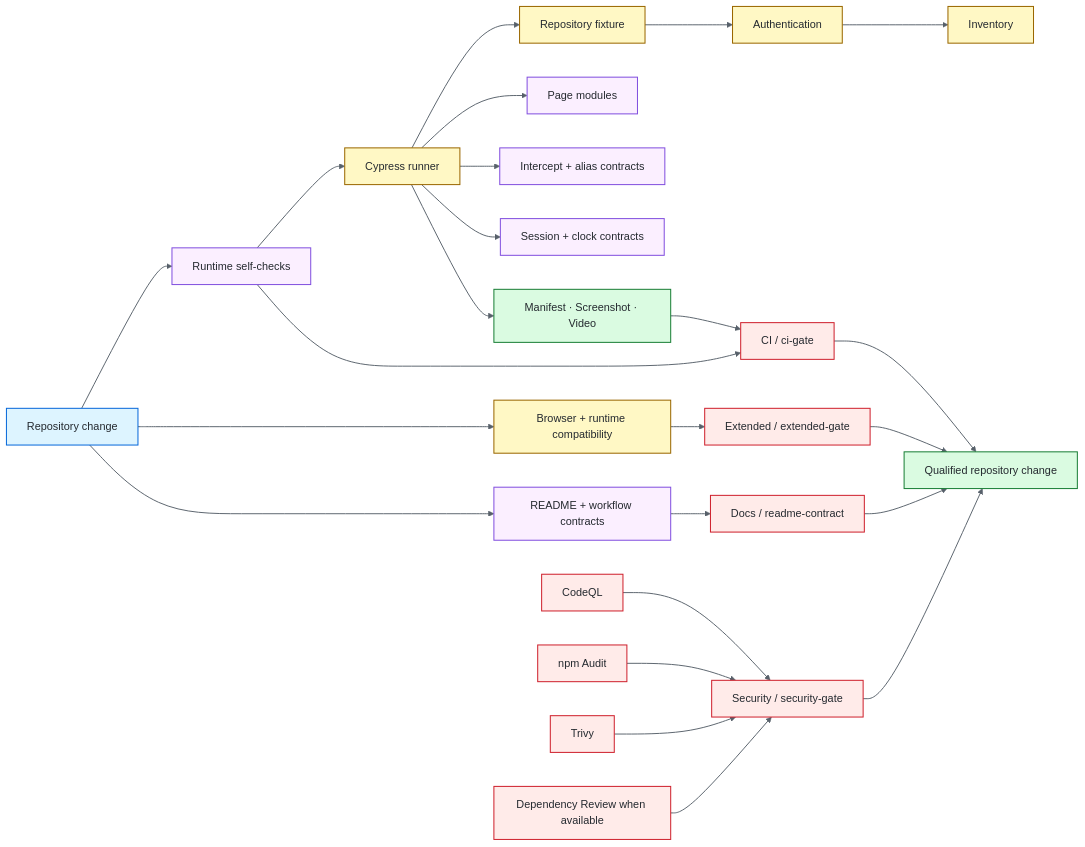
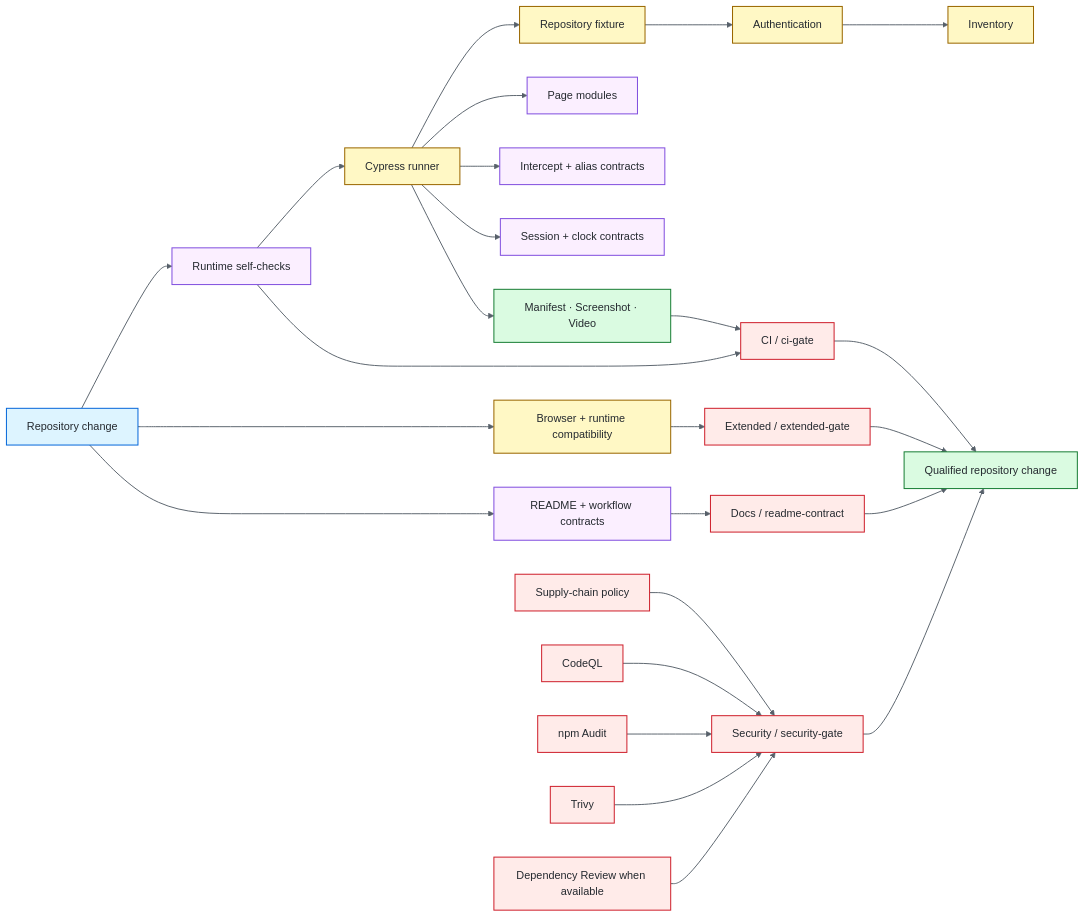
The diagram in README.md (portyu9/qa-automation-ui-cypress), drawn with Mermaid (forest theme) before and after one commit. The commit also changed other lines of this file, not shown here.

Commit message:
docs: show supply-chain policy in security architecture

````diff
--- a/README.md
+++ b/README.md
@@ -40,42 +40,43 @@
 ```mermaid
 flowchart LR
     CHANGE[Repository change] --> CFG[Runtime self-checks]
     CFG --> CYP[Cypress runner]
     CYP --> FIX[Repository fixture]
     FIX --> AUTH[Authentication]
     AUTH --> INV[Inventory]
     CYP --> PAGE[Page modules]
     CYP --> NET[Intercept + alias contracts]
     CYP --> STATE[Session + clock contracts]
     CYP --> EV[Manifest · Screenshot · Video]
     EV --> CIG[CI / ci-gate]
     CFG --> CIG
 
     CHANGE --> EXT[Browser + runtime compatibility]
     EXT --> EG[Extended / extended-gate]
 
     CHANGE --> DOCS[README + workflow contracts]
     DOCS --> DG[Docs / readme-contract]
 
-    SAST[CodeQL] --> SG[Security / security-gate]
+    SUPPLY[Supply-chain policy] --> SG[Security / security-gate]
+    SAST[CodeQL] --> SG
     AUDIT[npm Audit] --> SG
     TRIVY[Trivy] --> SG
     REVIEW[Dependency Review when available] --> SG
 
     CIG --> RESULT[Qualified repository change]
     EG --> RESULT
     DG --> RESULT
     SG --> RESULT
 
     classDef entry fill:#ddf4ff,stroke:#0969da,color:#24292f,stroke-width:1.5px;
     classDef policy fill:#fbefff,stroke:#8250df,color:#24292f,stroke-width:1.5px;
     classDef runtime fill:#fff8c5,stroke:#9a6700,color:#24292f,stroke-width:1.5px;
     classDef evidence fill:#dafbe1,stroke:#1a7f37,color:#24292f,stroke-width:1.5px;
     classDef gate fill:#ffebe9,stroke:#cf222e,color:#24292f,stroke-width:1.5px;
     class CHANGE entry;
     class CFG,PAGE,NET,STATE,DOCS policy;
     class CYP,FIX,AUTH,INV,EXT runtime;
     class EV,RESULT evidence;
-    class CIG,EG,DG,SAST,AUDIT,TRIVY,REVIEW,SG gate;
+    class CIG,EG,DG,SUPPLY,SAST,AUDIT,TRIVY,REVIEW,SG gate;
     linkStyle default stroke:#57606a,stroke-width:1.4px;
 ```
````
